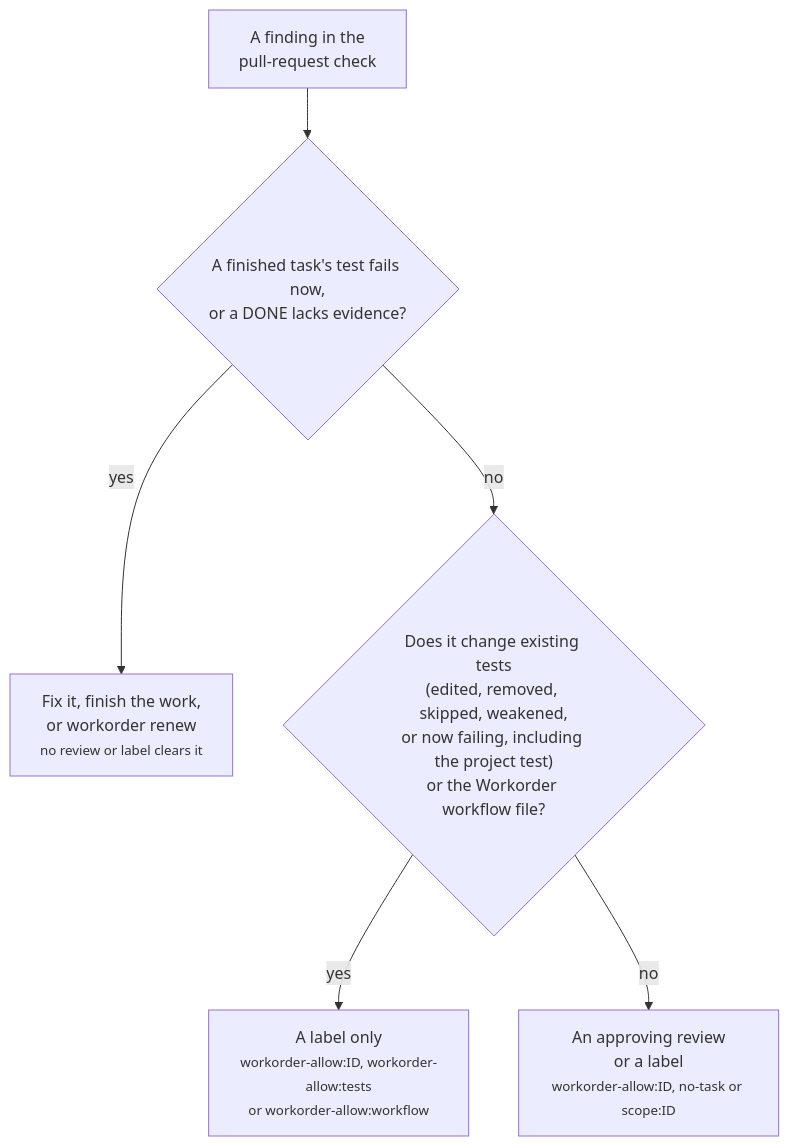
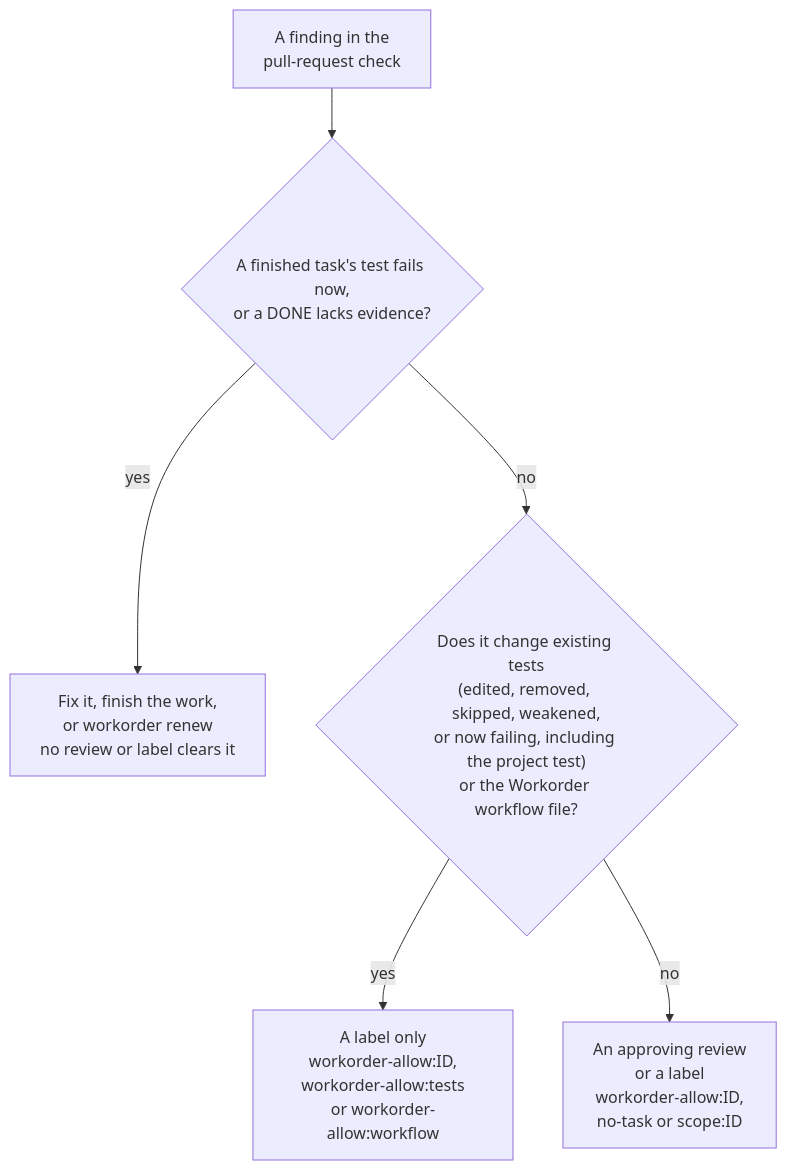
One commit to Argento17/notquite changed the third of 3 diagrams in docs/how-it-works.md. Above: the diagram before and after it, drawn with Mermaid. The commit also changed other lines of this file and 2 other files, not shown here.

Commit message:
Charts: plain text lines; GitHub cut off the small-text lines
GitHub sizes a box for <small> text but draws it at full size, so each box's second line was clipped. Every chart line is now plain text, and a test keeps <small> out of the charts.

````diff
--- a/docs/how-it-works.md
+++ b/docs/how-it-works.md
@@ -55,8 +55,8 @@
 ```mermaid
 flowchart TD
     F["A finding in the<br/>pull-request check"] --> Q1{"A finished task's test fails now,<br/>or a DONE lacks evidence?"}
-    Q1 -->|yes| X["Fix it, finish the work,<br/>or workorder renew<br/><small>no review or label clears it</small>"]
+    Q1 -->|yes| X["Fix it, finish the work,<br/>or workorder renew<br/>no review or label clears it"]
     Q1 -->|no| Q2{"Does it change existing tests<br/>(edited, removed, skipped, weakened,<br/>or now failing, including the project test)<br/>or the Workorder workflow file?"}
-    Q2 -->|yes| L["A label only<br/><small>workorder-allow:ID, workorder-allow:tests<br/>or workorder-allow:workflow</small>"]
-    Q2 -->|no| A["An approving review<br/>or a label<br/><small>workorder-allow:ID, no-task or scope:ID</small>"]
+    Q2 -->|yes| L["A label only<br/>workorder-allow:ID,<br/>workorder-allow:tests<br/>or workorder-allow:workflow"]
+    Q2 -->|no| A["An approving review<br/>or a label<br/>workorder-allow:ID,<br/>no-task or scope:ID"]
 ```
````
